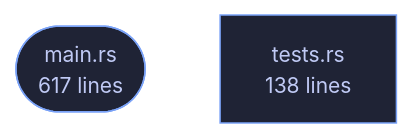
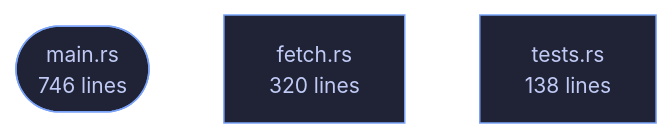
Before and after one commit to tilas01/veilvoice: the diagram in crates/veilvoice-verify/README.md, drawn with Mermaid. The commit also changed other lines of this file and 16 other files, not shown here.

````diff
--- a/crates/veilvoice-verify/README.md
+++ b/crates/veilvoice-verify/README.md
@@ -71,6 +72,7 @@
 ```mermaid
 %%{init: {"theme":"base","themeVariables":{"background":"#1a1b26","primaryColor":"#1f2335","primaryTextColor":"#c0caf5","primaryBorderColor":"#7aa2f7","secondaryColor":"#16161e","tertiaryColor":"#16161e","lineColor":"#737aa2","textColor":"#c0caf5","mainBkg":"#1f2335","nodeBorder":"#7aa2f7","clusterBkg":"#16161e","clusterBorder":"#2f3549","fontFamily":"ui-monospace, SFMono-Regular, Consolas, monospace","fontSize":"14px"}}}%%
 flowchart TD
-    n_main(["main.rs<br/>617 lines"])
+    n_main(["main.rs<br/>746 lines"])
+    n_fetch["fetch.rs<br/>320 lines"]
     n_tests["tests.rs<br/>138 lines"]
 ```
````
